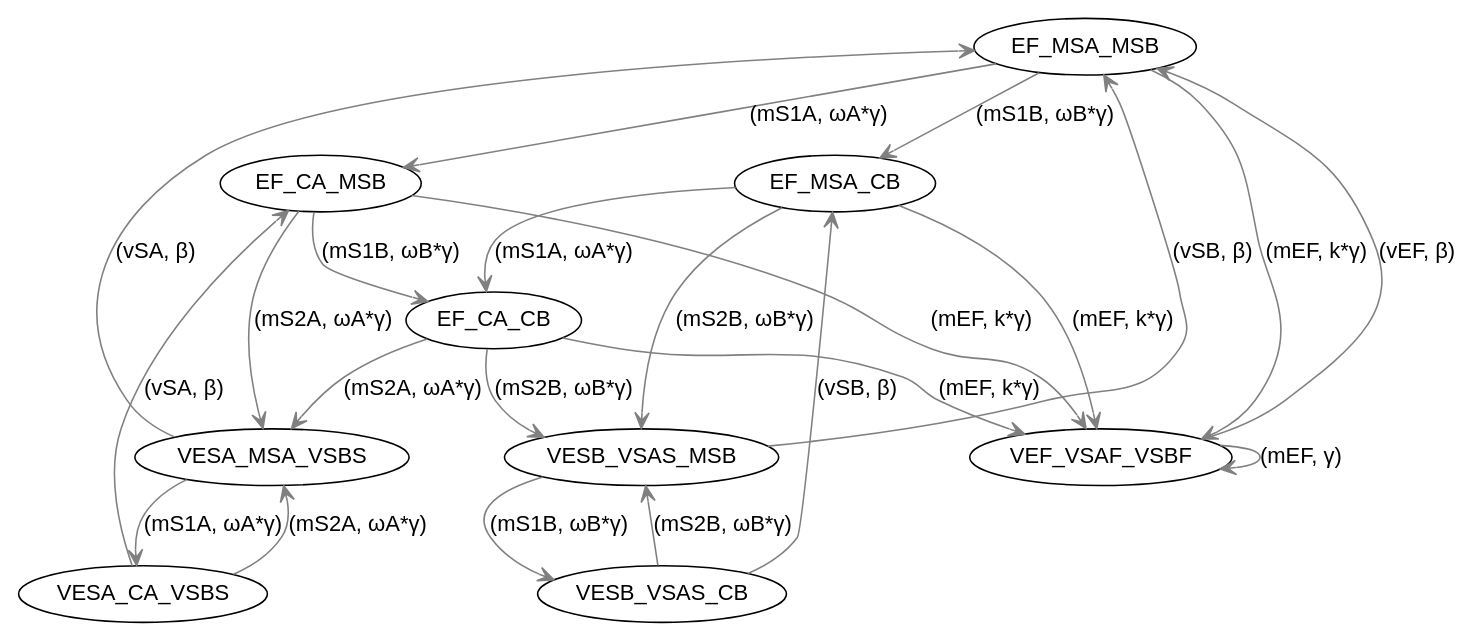
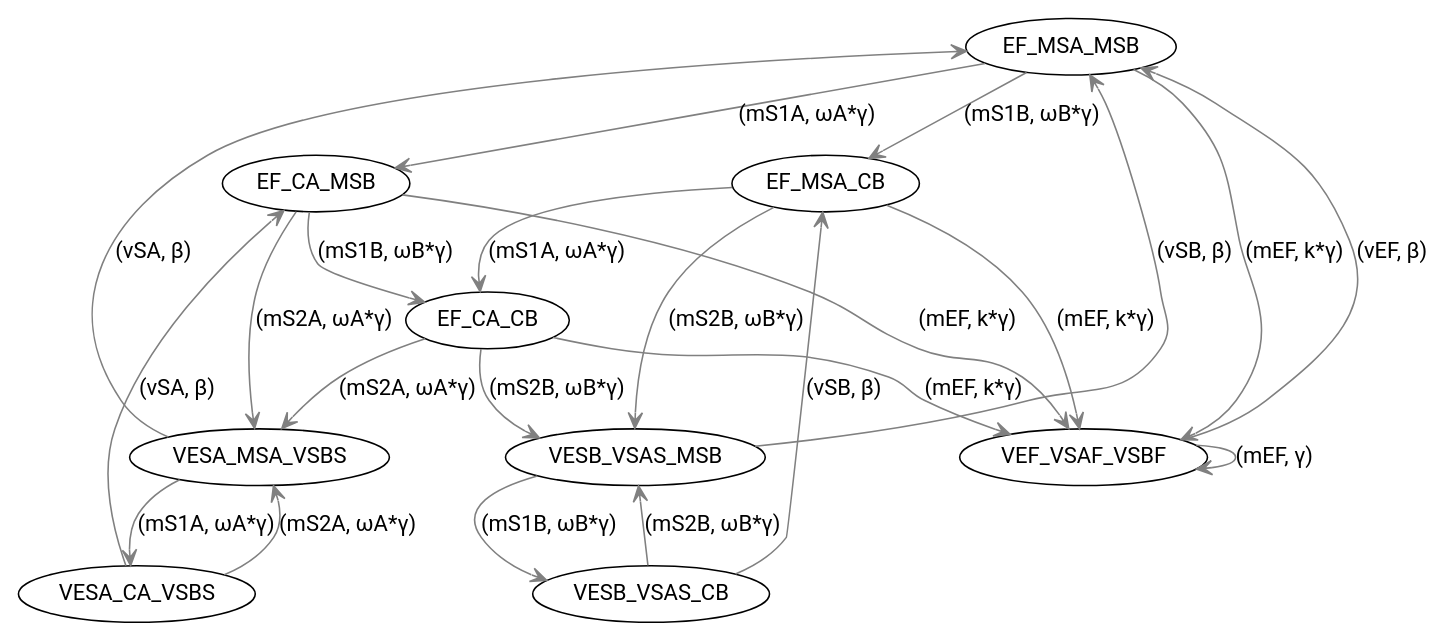
The diagram in graphs/combined.dot (JonM0/pepa-selfish-mining), drawn with Graphviz before and after one commit. The commit also changed 4 other files, not shown here.

```diff
--- a/graphs/combined.dot
+++ b/graphs/combined.dot
@@ -1,63 +1,63 @@
 digraph {
-    node [shape = ellipse; fontname = Arial;];
-    edge [fontname = Arial; arrowhead = vee; color = gray;];
+    node [shape = ellipse; fontname = Roboto;];
+    edge [fontname = Roboto; arrowhead = vee; color = gray;];
     
     subgraph {
         rank = same;
         EF_MSA_MSB;
     }
     
     subgraph {
         rank = same;
         EF_CA_MSB;
         EF_MSA_CB;
     }
     
     subgraph {
         rank = same;
         EF_CA_CB;
     }
     
     subgraph {
         rank = same;
         VESA_MSA_VSBS;
         VESB_VSAS_MSB;
     }
     
     subgraph {
         rank = same;
         VESA_CA_VSBS;
         VESB_VSAS_CB;
     }
     
     EF_MSA_MSB -> VEF_VSAF_VSBF [label = "(mEF, k*&gamma;)";];
     EF_MSA_MSB -> EF_CA_MSB [label = "(mS1A, &omega;A*&gamma;)";];
     EF_MSA_MSB -> EF_MSA_CB [label = "(mS1B, &omega;B*&gamma;)";];
     
     EF_CA_CB -> VEF_VSAF_VSBF [label = "(mEF, k*&gamma;)";];
     EF_CA_CB -> VESA_MSA_VSBS [label = "(mS2A, &omega;A*&gamma;)";];
     EF_CA_CB -> VESB_VSAS_MSB [label = "(mS2B, &omega;B*&gamma;)";];
     
     EF_CA_MSB -> VEF_VSAF_VSBF [label = "(mEF, k*&gamma;)";];
     EF_CA_MSB -> VESA_MSA_VSBS [label = "(mS2A, &omega;A*&gamma;)";];
     EF_CA_MSB -> EF_CA_CB [label = "(mS1B, &omega;B*&gamma;)";];
     
     EF_MSA_CB -> VEF_VSAF_VSBF [label = "(mEF, k*&gamma;)";];
     EF_MSA_CB -> VESB_VSAS_MSB [label = "(mS2B, &omega;B*&gamma;)";];
     EF_MSA_CB -> EF_CA_CB [label = "(mS1A, &omega;A*&gamma;)";];
     
     VESA_MSA_VSBS -> EF_MSA_MSB [label = "(vSA, &beta;)";];
     VESA_MSA_VSBS -> VESA_CA_VSBS [label = "(mS1A, &omega;A*&gamma;)";];
     
     VESB_VSAS_MSB -> EF_MSA_MSB [label = "(vSB, &beta;)";];
     VESB_VSAS_MSB -> VESB_VSAS_CB [label = "(mS1B, &omega;B*&gamma;)";];
     
     VESA_CA_VSBS -> EF_CA_MSB [label = "(vSA, &beta;)";];
     VESA_CA_VSBS -> VESA_MSA_VSBS [label = "(mS2A, &omega;A*&gamma;)";];
     
     VESB_VSAS_CB -> EF_MSA_CB [label = "(vSB, &beta;)";];
     VESB_VSAS_CB -> VESB_VSAS_MSB [label = "(mS2B, &omega;B*&gamma;)";];
     
     VEF_VSAF_VSBF -> EF_MSA_MSB [label = "(vEF, &beta;)";];
     VEF_VSAF_VSBF -> VEF_VSAF_VSBF [label = "(mEF, &gamma;)";];
 }
```
